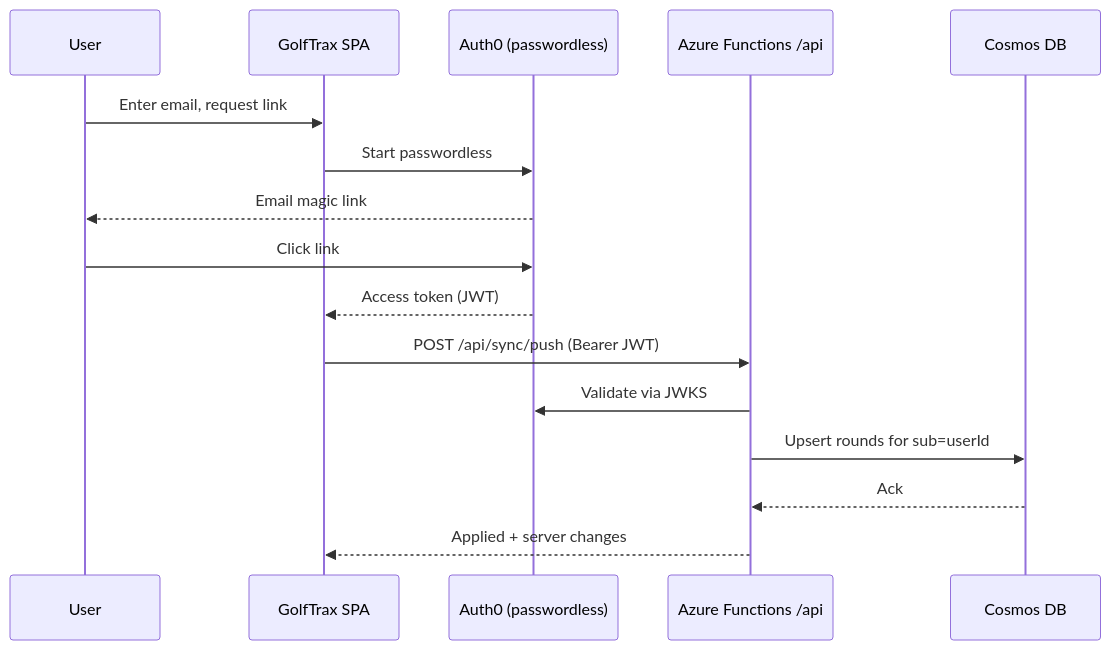
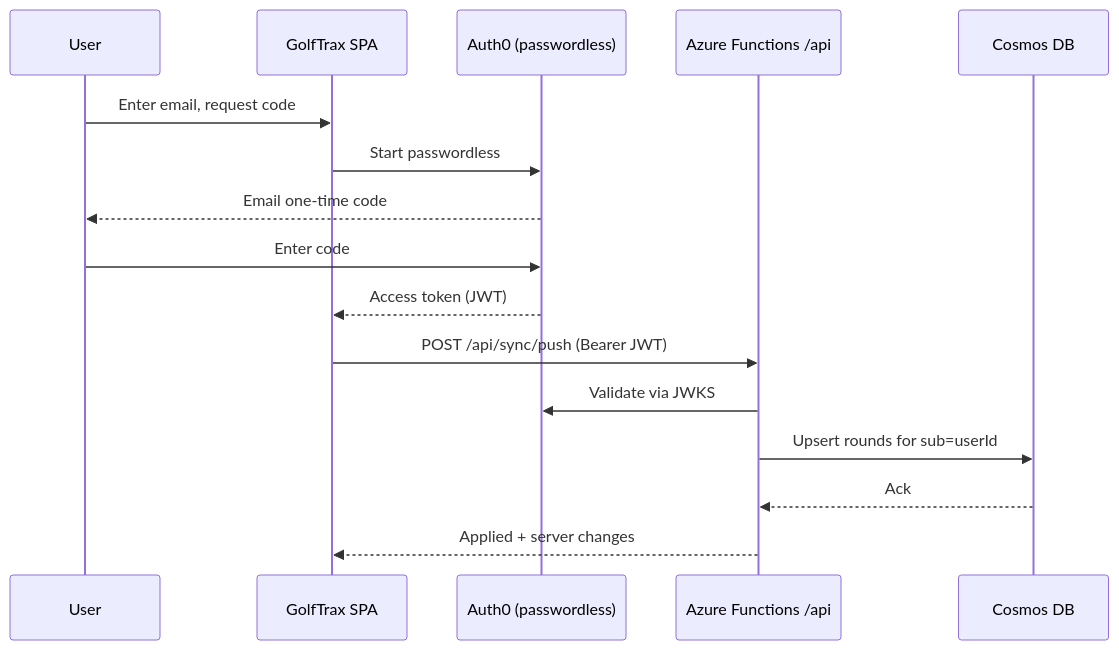
Before and after one commit to mglace/golf-trax: the diagram in docs/PHASE2.md, drawn with Mermaid. The commit also changed other lines of this file and 4 other files, not shown here.

````diff
--- a/docs/PHASE2.md
+++ b/docs/PHASE2.md
@@ -87,18 +95,18 @@
 ```mermaid
 sequenceDiagram
   participant U as User
   participant SPA as GolfTrax SPA
   participant A0 as Auth0 (passwordless)
   participant Fn as Azure Functions /api
   participant DB as Cosmos DB
-  U->>SPA: Enter email, request link
+  U->>SPA: Enter email, request code
   SPA->>A0: Start passwordless
-  A0-->>U: Email magic link
-  U->>A0: Click link
+  A0-->>U: Email one-time code
+  U->>A0: Enter code
   A0-->>SPA: Access token (JWT)
   SPA->>Fn: POST /api/sync/push (Bearer JWT)
   Fn->>A0: Validate via JWKS
   Fn->>DB: Upsert rounds for sub=userId
   DB-->>Fn: Ack
   Fn-->>SPA: Applied + server changes
 ```
````
